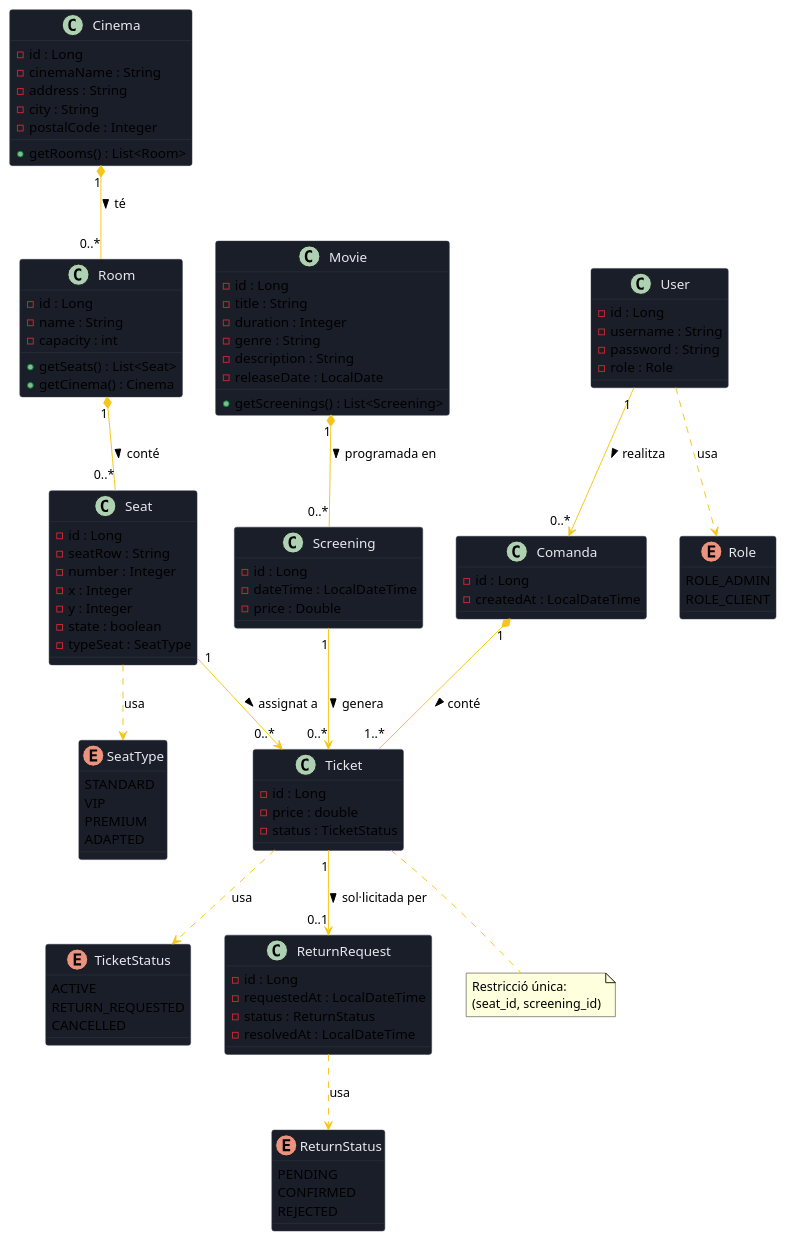
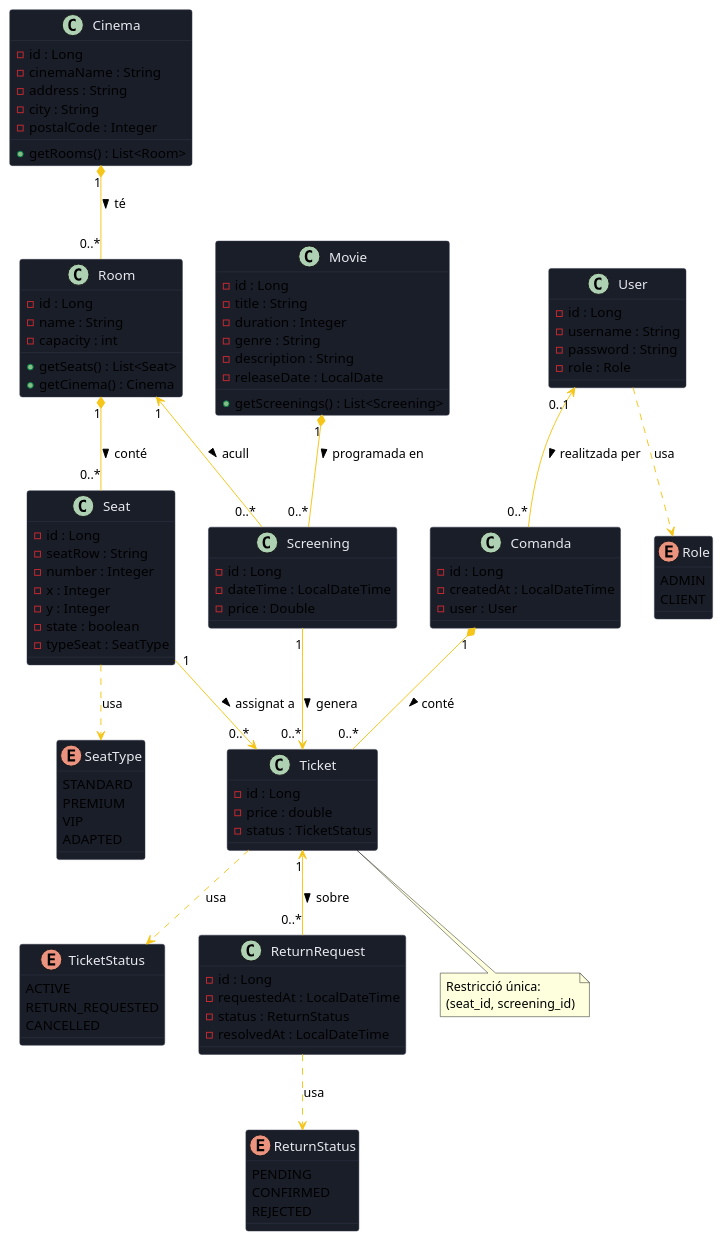
Before and after one commit to ins-vib/projecte-cinema-bigo983: the diagram in docs/classes.puml, drawn with PlantUML. The commit also changed 10 other files, not shown here.

Commit message:
Fix seats layout, support multi-screening cart, and update UML docs

```diff
--- a/docs/classes.puml
+++ b/docs/classes.puml
@@ -1,128 +1,130 @@
 @startuml Diagrama de Classes - CinemaDaw
 
 skinparam classBackgroundColor #1a1e29
 skinparam classBorderColor #353a4a
 skinparam classArrowColor #f5c518
 skinparam classFontColor #e7e9ee
 skinparam stereotypeCBackgroundColor #e50914
 
 ' =====================
 ' ENTITATS PRINCIPALS
 ' =====================
 
 class Cinema {
   - id : Long
   - cinemaName : String
   - address : String
   - city : String
   - postalCode : Integer
   + getRooms() : List<Room>
 }
 
 class Room {
   - id : Long
   - name : String
   - capacity : int
   + getSeats() : List<Seat>
   + getCinema() : Cinema
 }
 
 class Seat {
   - id : Long
   - seatRow : String
   - number : Integer
   - x : Integer
   - y : Integer
   - state : boolean
   - typeSeat : SeatType
 }
 
 enum SeatType {
   STANDARD
+  PREMIUM
   VIP
-  PREMIUM
   ADAPTED
 }
 
 class Movie {
   - id : Long
   - title : String
   - duration : Integer
   - genre : String
   - description : String
   - releaseDate : LocalDate
   + getScreenings() : List<Screening>
 }
 
 class Screening {
   - id : Long
   - dateTime : LocalDateTime
   - price : Double
 }
 
 class Comanda {
   - id : Long
   - createdAt : LocalDateTime
+  - user : User
 }
 
 class Ticket {
   - id : Long
   - price : double
   - status : TicketStatus
 }
 
 enum TicketStatus {
   ACTIVE
   RETURN_REQUESTED
   CANCELLED
 }
 
 class User {
   - id : Long
   - username : String
   - password : String
   - role : Role
 }
 
 enum Role {
-  ROLE_ADMIN
-  ROLE_CLIENT
+  ADMIN
+  CLIENT
 }
 
 class ReturnRequest {
   - id : Long
   - requestedAt : LocalDateTime
   - status : ReturnStatus
   - resolvedAt : LocalDateTime
 }
 
 enum ReturnStatus {
   PENDING
   CONFIRMED
   REJECTED
 }
 
 ' =====================
 ' RELACIONS
 ' =====================
 
 Cinema "1" *-- "0..*" Room : té >
 Room "1" *-- "0..*" Seat : conté >
 Movie "1" *-- "0..*" Screening : programada en >
+Room "1" <-- "0..*" Screening : acull >
 Screening "1" --> "0..*" Ticket : genera >
 Seat "1" --> "0..*" Ticket : assignat a >
-Comanda "1" *-- "1..*" Ticket : conté >
-User "1" --> "0..*" Comanda : realitza >
-Ticket "1" --> "0..1" ReturnRequest : sol·licitada per >
+Comanda "1" *-- "0..*" Ticket : conté >
+User "0..1" <-- "0..*" Comanda : realitzada per >
+Ticket "1" <-- "0..*" ReturnRequest : sobre >
 
 Seat ..> SeatType : usa
 Ticket ..> TicketStatus : usa
 User ..> Role : usa
 ReturnRequest ..> ReturnStatus : usa
 
 note bottom of Ticket
   Restricció única:
   (seat_id, screening_id)
 end note
 
 @enduml
```
